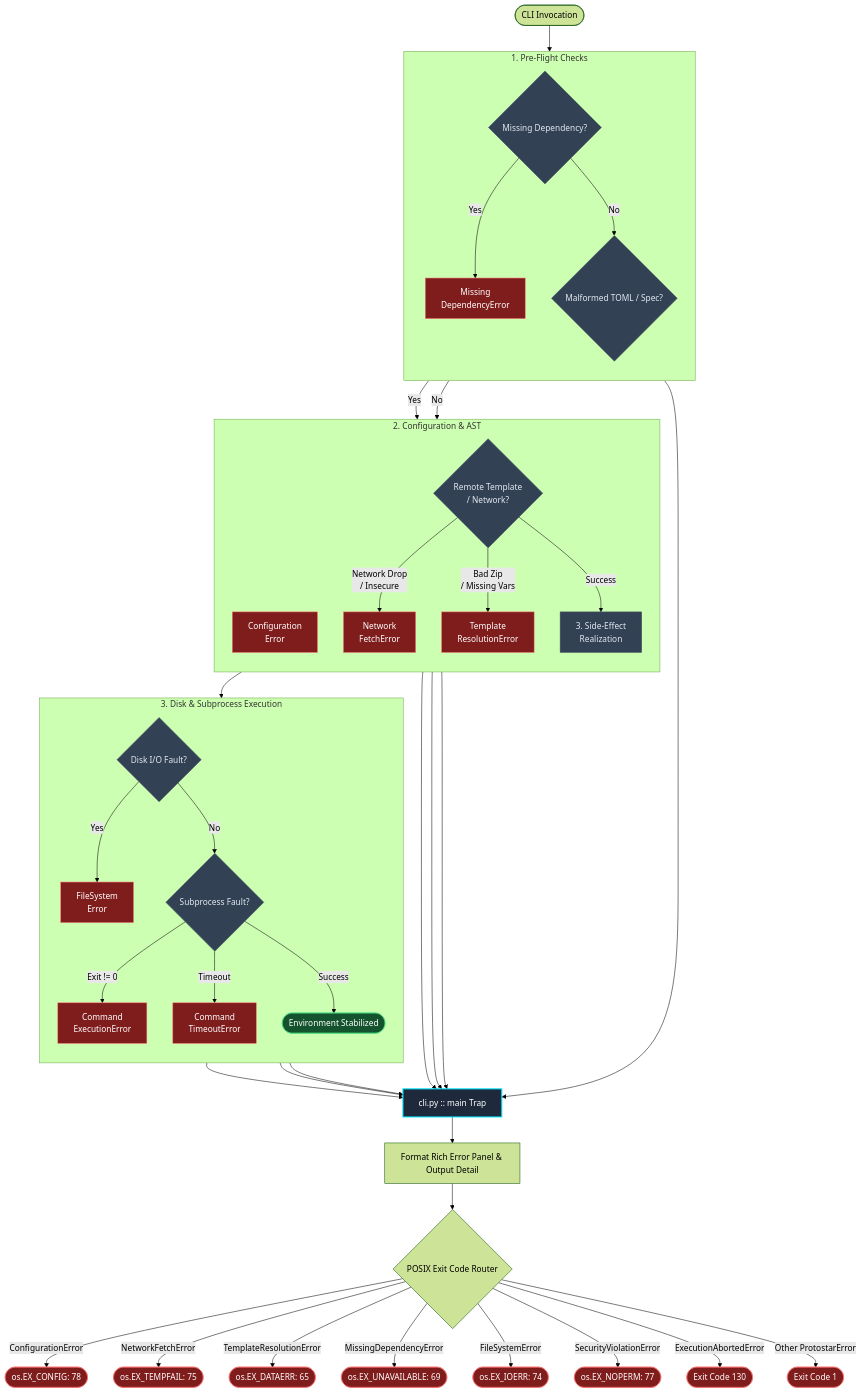
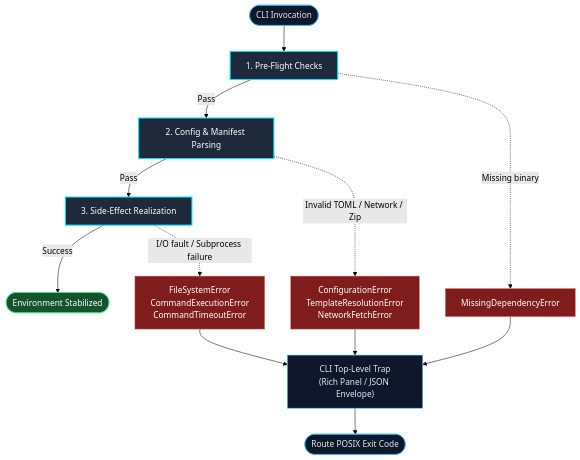
The diagram in docs/mechanics/error_handling.md (JacksonFergusonDev/protostar), drawn with Mermaid (forest theme) before and after one commit. The commit also changed 2 other files, not shown here.

Commit message:
docs: streamline and simplify documentation mermaid diagrams for legibility

````diff
--- a/docs/mechanics/error_handling.md
+++ b/docs/mechanics/error_handling.md
@@ -33,52 +33,19 @@
 ```mermaid
 flowchart TD
-    %%{init: {'flowchart': {'useMaxWidth': false}}}%%
-    %% Styling
-    classDef core fill:#1e293b,stroke:#00e5ff,stroke-width:2px,color:#fff;
-    classDef phase fill:#334155,stroke:#475569,stroke-width:1px,color:#e2e8f0;
+    classDef phase fill:#1e293b,stroke:#00e5ff,stroke-width:2px,color:#fff;
     classDef error fill:#7f1d1d,stroke:#f87171,stroke-width:1px,color:#fff;
+    classDef core fill:#0f172a,stroke:#38bdf8,stroke-width:1px,color:#e2e8f0;
     classDef success fill:#14532d,stroke:#4ade80,stroke-width:1px,color:#fff;
 
-    Start([CLI Invocation]) --> PreFlight
+    Start([CLI Invocation]):::core --> P1["1. Pre-Flight Checks"]:::phase
+    P1 -->|Pass| P2["2. Config & Manifest Parsing"]:::phase
+    P2 -->|Pass| P3["3. Side-Effect Realization"]:::phase
+    P3 -->|Success| End([Environment Stabilized]):::success
 
-    subgraph PreFlight [1. Pre-Flight Checks]
-        direction TB
-        PF{Missing Dependency?}:::phase
-        PF -- Yes --> E_Dep["Missing<br/>DependencyError"]:::error
-        PF -- No --> Config["2. Config &<br/>Manifest Parsing"]:::phase
-    end
+    P1 -.->|Missing binary| E1["MissingDependencyError"]:::error
+    P2 -.->|Invalid TOML / Network / Zip| E2["ConfigurationError<br/>TemplateResolutionError<br/>NetworkFetchError"]:::error
+    P3 -.->|I/O fault / Subprocess failure| E3["FileSystemError<br/>CommandExecutionError<br/>CommandTimeoutError"]:::error
 
-    subgraph Parsing [2. Configuration & AST]
-        direction TB
-        Config{Malformed TOML / Spec?}:::phase
-        Config -- Yes --> E_Cfg["Configuration<br/>Error"]:::error
-        Config -- No --> Net{"Remote Template<br/>/ Network?"}:::phase
-        Net -- "Network Drop<br/>/ Insecure" --> E_Net["Network<br/>FetchError"]:::error
-        Net -- "Bad Zip<br/>/ Missing Vars" --> E_Tmpl["Template<br/>ResolutionError"]:::error
-        Net -- Success --> Execution["3. Side-Effect<br/>Realization"]:::phase
-    end
-
-    subgraph SideEffects [3. Disk & Subprocess Execution]
-        direction TB
-        Execution --> Disk{Disk I/O Fault?}:::phase
-        Disk -- Yes --> E_FS["FileSystem<br/>Error"]:::error
-        Disk -- No --> Sub{Subprocess Fault?}:::phase
-        Sub -- Exit != 0 --> E_Exec["Command<br/>ExecutionError"]:::error
-        Sub -- Timeout --> E_Time["Command<br/>TimeoutError"]:::error
-        Sub -- Success --> End([Environment Stabilized]):::success
-    end
-
-    E_Dep & E_Cfg & E_Net & E_Tmpl & E_FS & E_Exec & E_Time --> Handler[cli.py :: main Trap]:::core
-
-    Handler --> Panel[Format Rich Error Panel & Output Detail]
-    Panel --> POSIX{POSIX Exit Code Router}
-
-    POSIX -- ConfigurationError --> EX78([os.EX_CONFIG: 78]):::error
-    POSIX -- NetworkFetchError --> EX75([os.EX_TEMPFAIL: 75]):::error
-    POSIX -- TemplateResolutionError --> EX65([os.EX_DATAERR: 65]):::error
-    POSIX -- MissingDependencyError --> EX69([os.EX_UNAVAILABLE: 69]):::error
-    POSIX -- FileSystemError --> EX74([os.EX_IOERR: 74]):::error
-    POSIX -- SecurityViolationError --> EX77([os.EX_NOPERM: 77]):::error
-    POSIX -- ExecutionAbortedError --> EX130([Exit Code 130]):::error
-    POSIX -- Other ProtostarError --> EX1([Exit Code 1]):::error
+    E1 & E2 & E3 --> Trap["CLI Top-Level Trap<br/>(Rich Panel / JSON Envelope)"]:::core
+    Trap --> Exit([Route POSIX Exit Code]):::core
 ```
````
